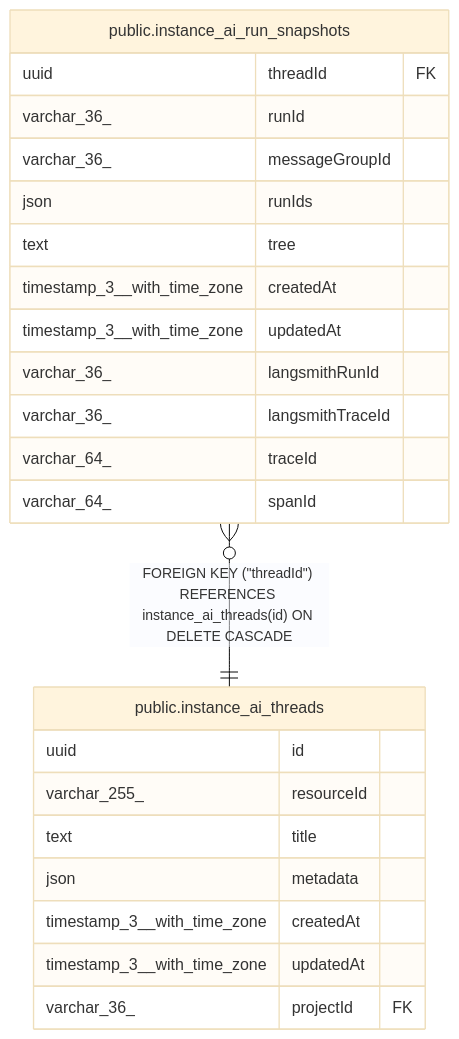
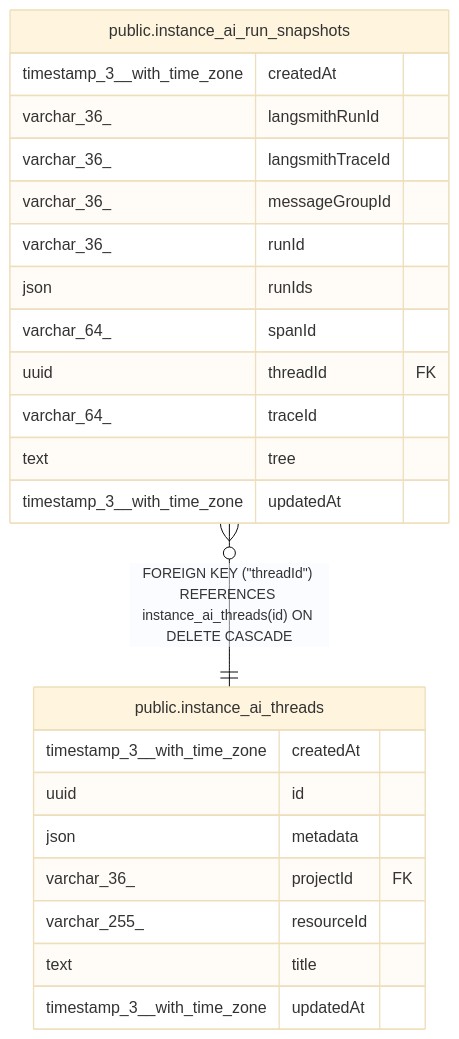
The diagram in docs/generated/postgres-schema/public.instance_ai_run_snapshots.md (mayankjain1815-commits/n8n), drawn with Mermaid (base theme) before and after one commit. The commit also changed other lines of this file and 221 other files, not shown here.

Commit message:
chore(core): Make DB schema docs generation deterministic (#32373)

````diff
--- a/docs/generated/postgres-schema/public.instance_ai_run_snapshots.md
+++ b/docs/generated/postgres-schema/public.instance_ai_run_snapshots.md
@@ -41,28 +41,28 @@
 ```mermaid
 erDiagram
 
 "public.instance_ai_run_snapshots" }o--|| "public.instance_ai_threads" : "FOREIGN KEY (#quot;threadId#quot;) REFERENCES instance_ai_threads(id) ON DELETE CASCADE"
 
 "public.instance_ai_run_snapshots" {
-  uuid threadId FK
-  varchar_36_ runId
-  varchar_36_ messageGroupId
-  json runIds
-  text tree
   timestamp_3__with_time_zone createdAt
-  timestamp_3__with_time_zone updatedAt
   varchar_36_ langsmithRunId
   varchar_36_ langsmithTraceId
+  varchar_36_ messageGroupId
+  varchar_36_ runId
+  json runIds
+  varchar_64_ spanId
+  uuid threadId FK
   varchar_64_ traceId
-  varchar_64_ spanId
+  text tree
+  timestamp_3__with_time_zone updatedAt
 }
 "public.instance_ai_threads" {
+  timestamp_3__with_time_zone createdAt
   uuid id
+  json metadata
+  varchar_36_ projectId FK
   varchar_255_ resourceId
   text title
-  json metadata
-  timestamp_3__with_time_zone createdAt
   timestamp_3__with_time_zone updatedAt
-  varchar_36_ projectId FK
 }
 ```
````
